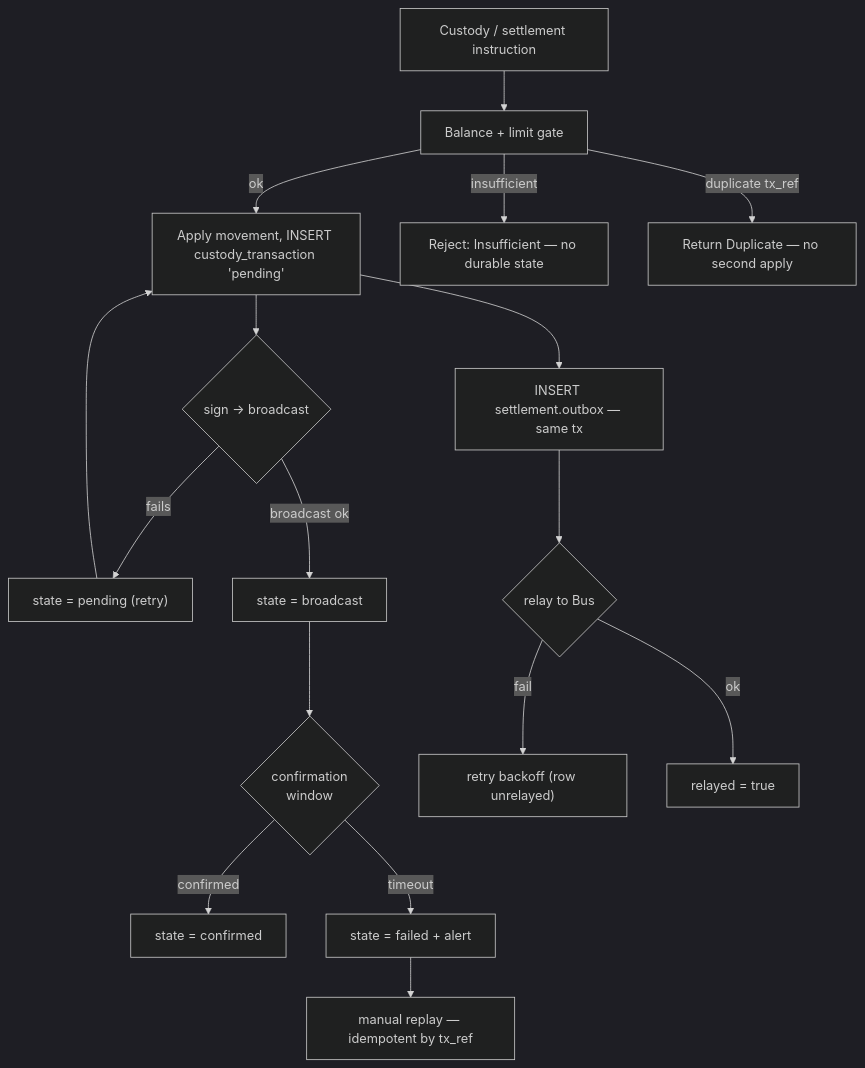
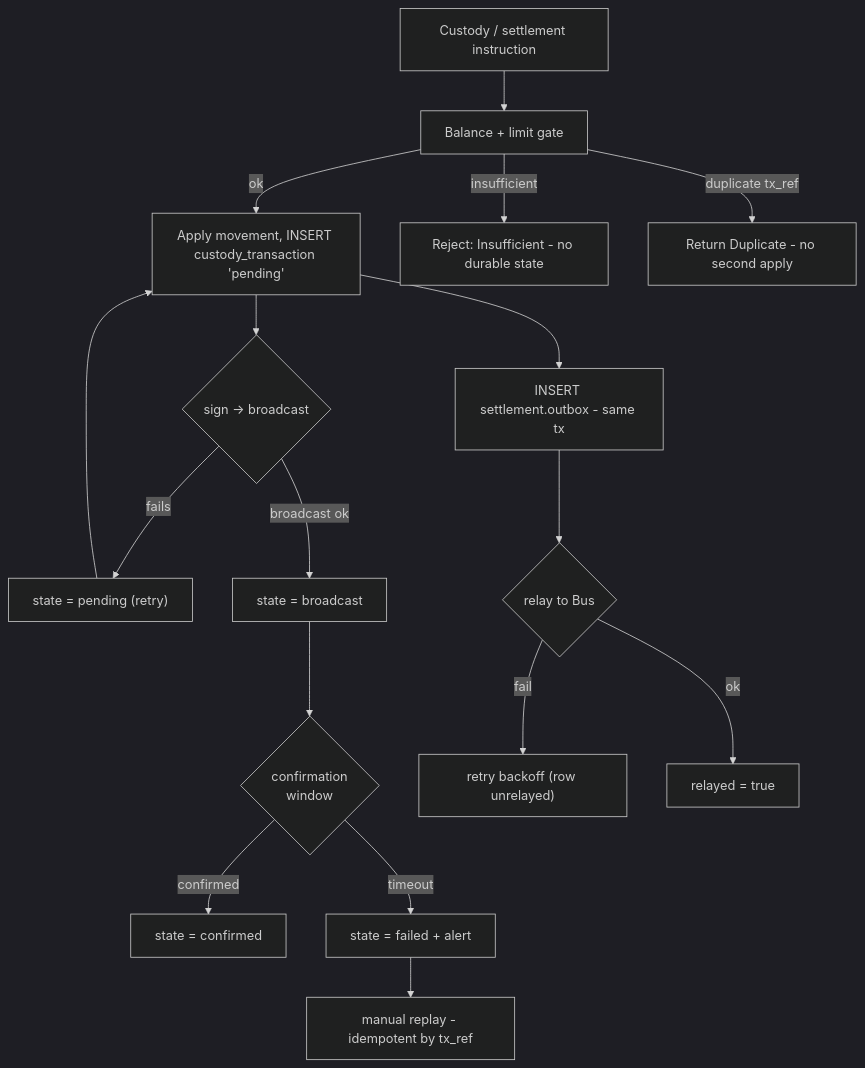
Diagram 19 of 23 in DESIGN.md (Exchange8-dev/exchange8-settlement), drawn with Mermaid (dark theme) before and after one commit. The commit also changed other lines of this file and 20 other files, not shown here.

````diff
--- a/DESIGN.md
+++ b/DESIGN.md
@@ -638,19 +638,19 @@
 ```mermaid
 flowchart TD
     A["Custody / settlement instruction"] --> B["Balance + limit gate"]
     B -->|"ok"| C["Apply movement, INSERT custody_transaction 'pending'"]
-    B -->|"insufficient"| D["Reject: Insufficient — no durable state"]
-    B -->|"duplicate tx_ref"| D2["Return Duplicate — no second apply"]
+    B -->|"insufficient"| D["Reject: Insufficient - no durable state"]
+    B -->|"duplicate tx_ref"| D2["Return Duplicate - no second apply"]
     C --> E{"sign → broadcast"}
     E -->|"fails"| F["state = pending (retry)"]
     F --> C
     E -->|"broadcast ok"| G["state = broadcast"]
     G --> H{"confirmation <br/>window"}
     H -->|"confirmed"| I["state = confirmed"]
     H -->|"timeout"| J["state = failed + alert"]
-    J --> K["manual replay — idempotent by tx_ref"]
-    C --> L["INSERT settlement.outbox — same tx"]
+    J --> K["manual replay - idempotent by tx_ref"]
+    C --> L["INSERT settlement.outbox - same tx"]
     L --> M{"relay to Bus"}
     M -->|"fail"| N["retry backoff (row unrelayed)"]
     M -->|"ok"| O["relayed = true"]
 ```
````
